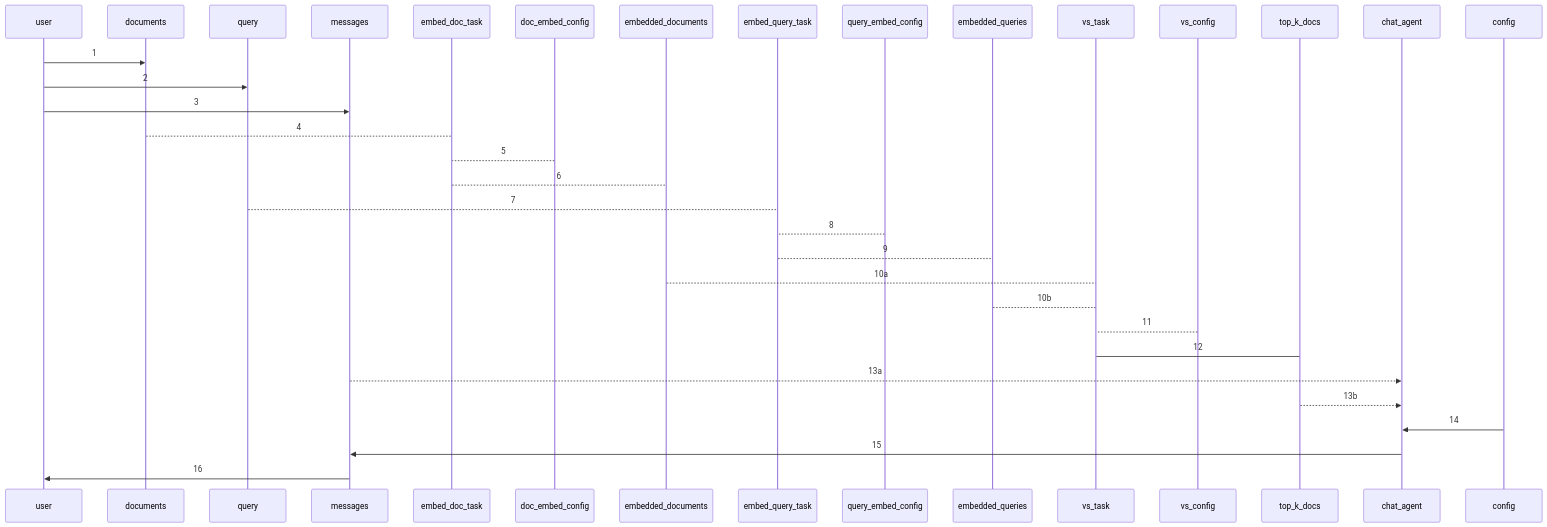
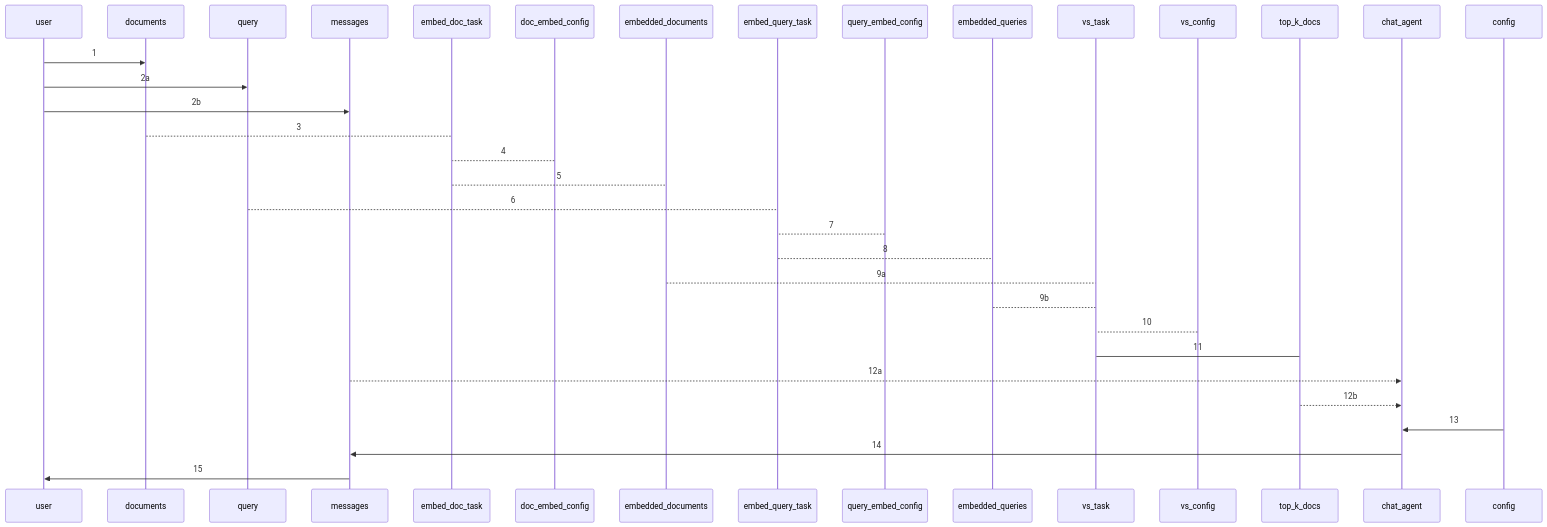
Before and after one commit to biom8er/phymes: the second of 2 diagrams in phymes-book/src/phymes-agents/rag_agent.md, drawn with Mermaid. The commit also changed other lines of this file, not shown here.

````diff
--- a/phymes-book/src/phymes-agents/rag_agent.md
+++ b/phymes-book/src/phymes-agents/rag_agent.md
@@ -25,21 +25,21 @@
 ```mermaid
 sequenceDiagram
     user->>documents: 1
-    user->>query: 2
-    user->>messages: 3
-    documents --> embed_doc_task: 4
-    doc_embed_config --> embed_doc_task: 5
-    embed_doc_task --> embedded_documents: 6
-    query --> embed_query_task: 7
-    query_embed_config --> embed_query_task: 8
-    embed_query_task --> embedded_queries: 9
-    embedded_documents --> vs_task: 10a
-    embedded_queries --> vs_task: 10b
-    vs_config --> vs_task: 11
-    vs_task -> top_k_docs: 12
-    messages-->>chat_agent: 13a
-    top_k_docs-->>chat_agent: 13b
-    config->>chat_agent: 14
-    chat_agent->>messages: 15
-    messages->>user: 16
+    user->>query: 2a
+    user->>messages: 2b
+    documents --> embed_doc_task: 3
+    doc_embed_config --> embed_doc_task: 4
+    embed_doc_task --> embedded_documents: 5
+    query --> embed_query_task: 6
+    query_embed_config --> embed_query_task: 7
+    embed_query_task --> embedded_queries: 8
+    embedded_documents --> vs_task: 9a
+    embedded_queries --> vs_task: 9b
+    vs_config --> vs_task: 10
+    vs_task -> top_k_docs: 11
+    messages-->>chat_agent: 12a
+    top_k_docs-->>chat_agent: 12b
+    config->>chat_agent: 13
+    chat_agent->>messages: 14
+    messages->>user: 15
 ```
````
